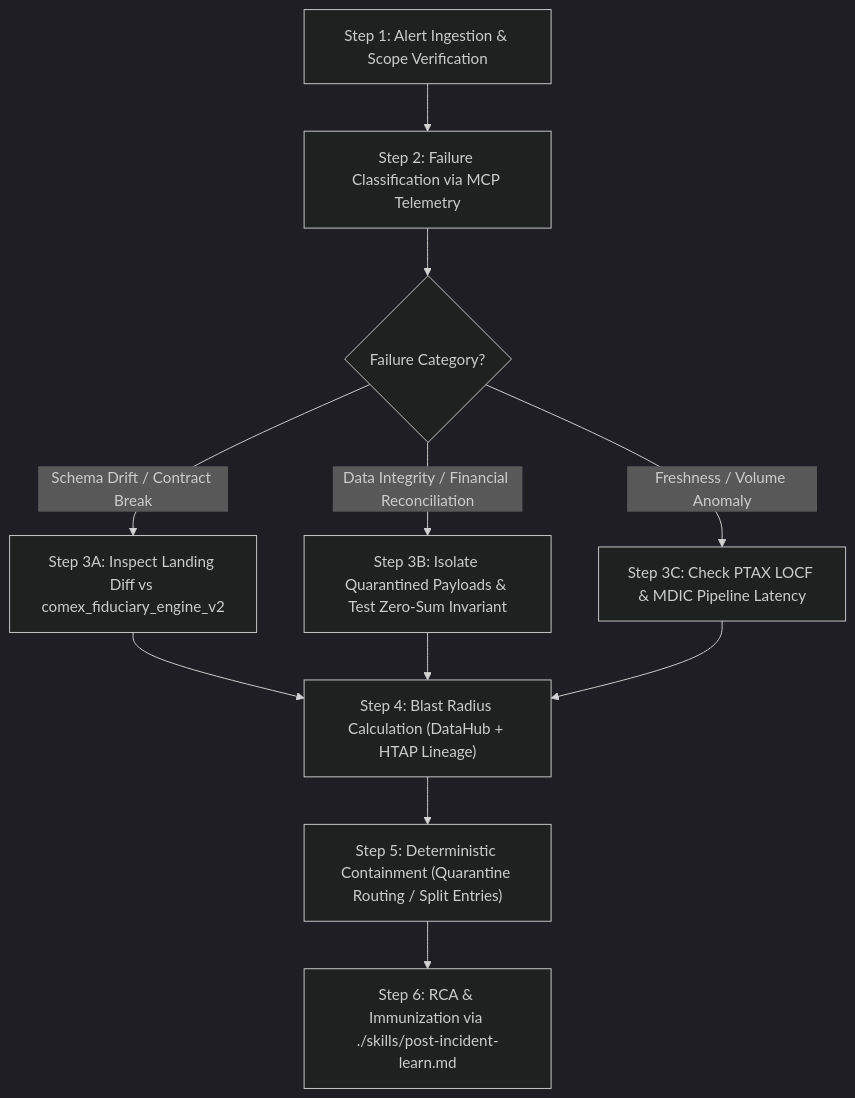
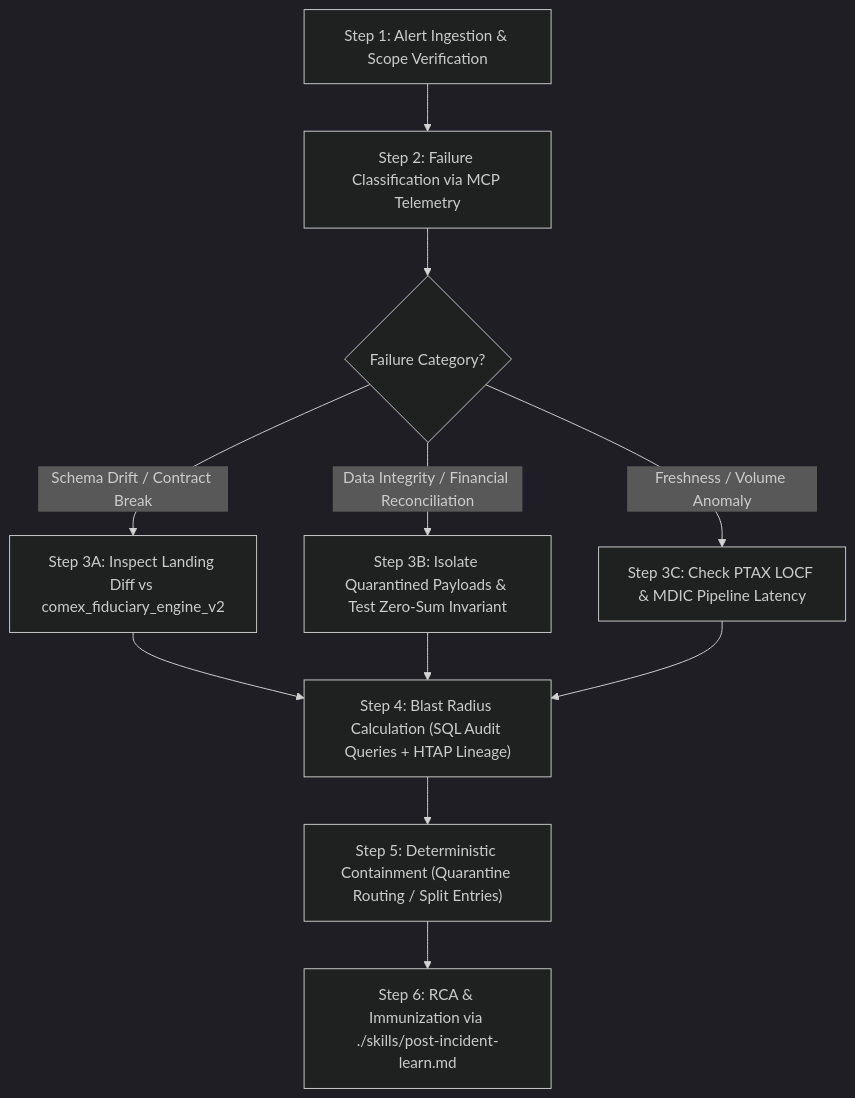
The diagram in knowledge/runbooks/INCIDENT_TEMPLATE.md (hugoargerio-glitch/Comex-Data-Engine-V2), drawn with Mermaid (dark theme) before and after one commit. The commit also changed other lines of this file and 14 other files, not shown here.

````diff
--- a/knowledge/runbooks/INCIDENT_TEMPLATE.md
+++ b/knowledge/runbooks/INCIDENT_TEMPLATE.md
@@ -35,13 +35,13 @@
 ```mermaid
 flowchart TD
     S1["Step 1: Alert Ingestion & Scope Verification"] --> S2["Step 2: Failure Classification via MCP Telemetry"]
     S2 --> C1{"Failure Category?"}
     C1 -->|Schema Drift / Contract Break| S3A["Step 3A: Inspect Landing Diff vs comex_fiduciary_engine_v2"]
     C1 -->|Data Integrity / Financial Reconciliation| S3B["Step 3B: Isolate Quarantined Payloads & Test Zero-Sum Invariant"]
     C1 -->|Freshness / Volume Anomaly| S3C["Step 3C: Check PTAX LOCF & MDIC Pipeline Latency"]
-    S3A --> S4["Step 4: Blast Radius Calculation (DataHub + HTAP Lineage)"]
+    S3A --> S4["Step 4: Blast Radius Calculation (SQL Audit Queries + HTAP Lineage)"]
     S3B --> S4
     S3C --> S4
     S4 --> S5["Step 5: Deterministic Containment (Quarantine Routing / Split Entries)"]
     S5 --> S6["Step 6: RCA & Immunization via ./skills/post-incident-learn.md"]
 ```
````
